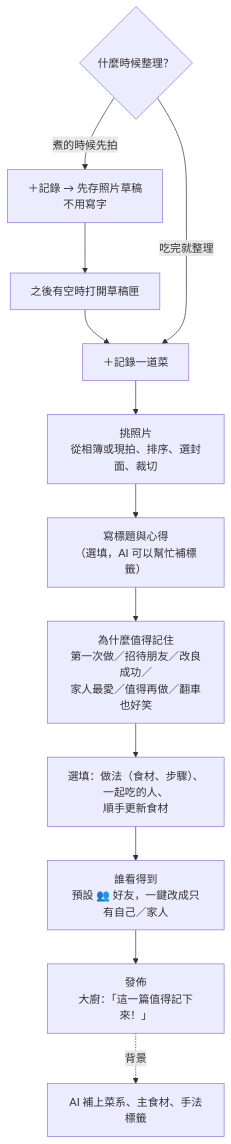
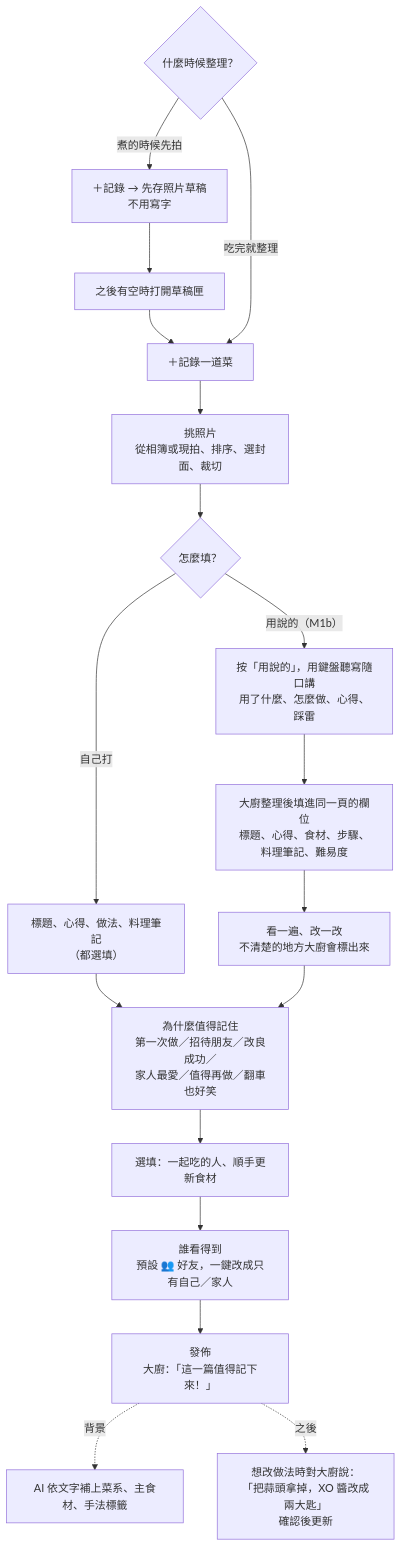
One commit to LeeBoYin/cooking-recipe-app changed the third of 8 diagrams in docs/09-user-flows.md. Above: the diagram before and after it, drawn with Mermaid. The commit also changed other lines of this file and 14 other files, not shown here.

````diff
--- a/docs/09-user-flows.md
+++ b/docs/09-user-flows.md
@@ -89,14 +89,20 @@
 ```mermaid
 flowchart TD
   A{什麼時候整理？} -- 煮的時候先拍 --> B[＋記錄 → 先存照片草稿<br/>不用寫字]
   B --> C[之後有空時打開草稿匣]
   C --> D
   A -- 吃完就整理 --> D[＋記錄一道菜]
   D --> E[挑照片<br/>從相簿或現拍、排序、選封面、裁切]
-  E --> F[寫標題與心得<br/>（選填，AI 可以幫忙補標籤）]
+  E --> W{怎麼填？}
+  W -- 自己打 --> F[標題、心得、做法、料理筆記<br/>（都選填）]
+  W -- 用說的（M1b） --> V[按「用說的」，用鍵盤聽寫隨口講<br/>用了什麼、怎麼做、心得、踩雷]
+  V --> VF[大廚整理後填進同一頁的欄位<br/>標題、心得、食材、步驟、料理筆記、難易度]
+  VF --> F2[看一遍、改一改<br/>不清楚的地方大廚會標出來]
   F --> G[為什麼值得記住<br/>第一次做／招待朋友／改良成功／<br/>家人最愛／值得再做／翻車也好笑]
-  G --> H[選填：做法（食材、步驟）、一起吃的人、<br/>順手更新食材]
+  F2 --> G
+  G --> H[選填：一起吃的人、順手更新食材]
   H --> I[誰看得到<br/>預設 👥 好友，一鍵改成只有自己／家人]
   I --> J[發佈<br/>大廚：「這一篇值得記下來！」]
-  J -.背景.-> K[AI 補上菜系、主食材、手法標籤]
+  J -.背景.-> K[AI 依文字補上菜系、主食材、手法標籤]
+  J -.之後.-> R[想改做法時對大廚說：<br/>「把蒜頭拿掉，XO 醬改成兩大匙」<br/>確認後更新]
 ```
````
